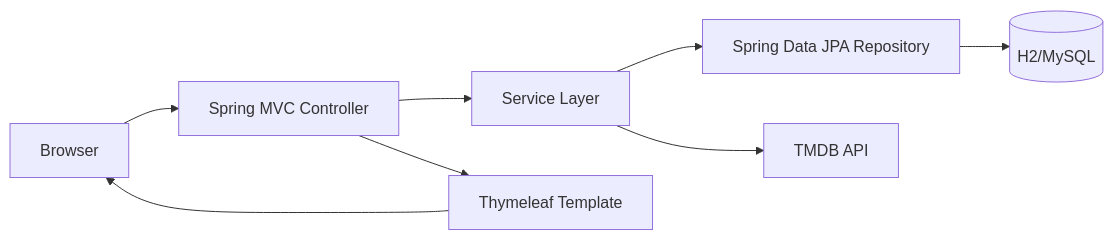
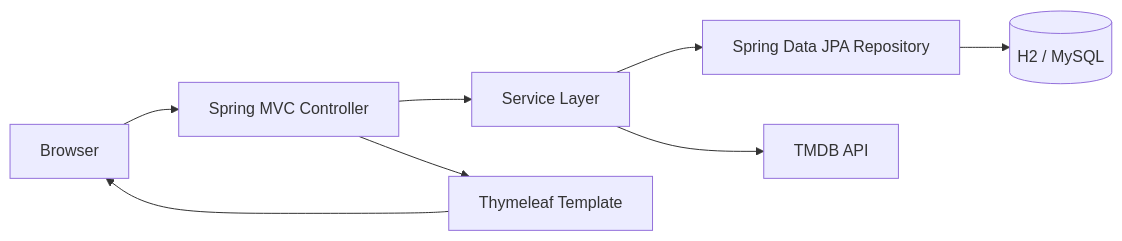
The sixth of 6 diagrams in README.md (allen8524/cineflow-spring-boot), drawn with Mermaid before and after one commit. The commit also changed other lines of this file, not shown here.

````diff
--- a/README.md
+++ b/README.md
@@ -515,10 +535,10 @@
 ```mermaid
 flowchart LR
     Browser[Browser] --> Controller[Spring MVC Controller]
     Controller --> Service[Service Layer]
     Service --> Repository[Spring Data JPA Repository]
-    Repository --> DB[(H2/MySQL)]
+    Repository --> DB[(H2 / MySQL)]
     Service --> TMDB[TMDB API]
     Controller --> Thymeleaf[Thymeleaf Template]
     Thymeleaf --> Browser
 ```
````
